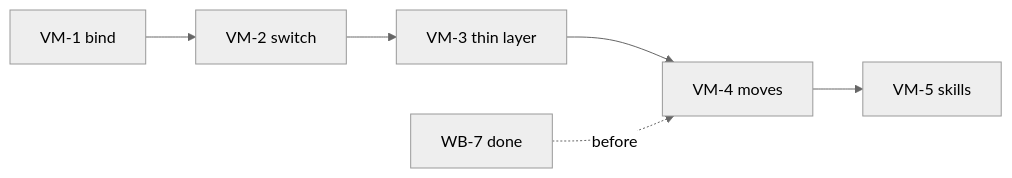
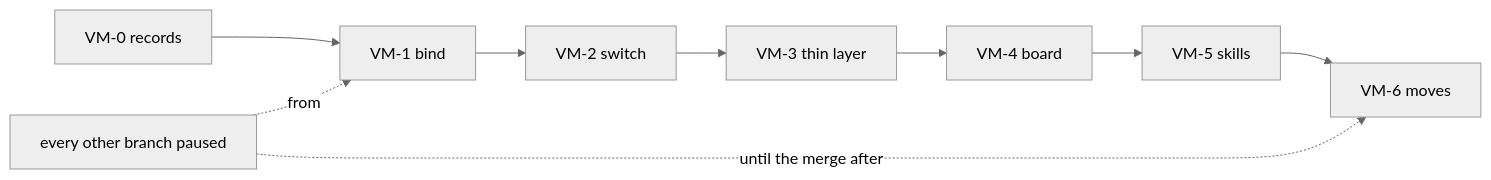
Before and after one commit to nebularis/lattice: the second of 2 diagrams in docs/developer/sketches/vyvid-migration.md, drawn with Mermaid (neutral theme). The commit also changed other lines of this file and 4 other files, not shown here.

First line of the commit message:
VM-0: the Vyvid adoption answered and planned, six slices with every replacement proven before a removal

````diff
--- a/docs/developer/sketches/vyvid-migration.md
+++ b/docs/developer/sketches/vyvid-migration.md
@@ -74,5 +89,6 @@
 ```mermaid
 flowchart LR
-    VM1["VM-1 bind"] --> VM2["VM-2 switch"] --> VM3["VM-3 thin layer"] --> VM4["VM-4 moves"] --> VM5["VM-5 skills"]
-    WB7["WB-7 done"] -.->|"before"| VM4
+    VM0["VM-0 records"] --> VM1["VM-1 bind"] --> VM2["VM-2 switch"] --> VM3["VM-3 thin layer"] --> VM4["VM-4 board"] --> VM5["VM-5 skills"] --> VM6["VM-6 moves"]
+    P["every other branch paused"] -.->|"from"| VM1
+    P -.->|"until the merge after"| VM6
 ```
````
